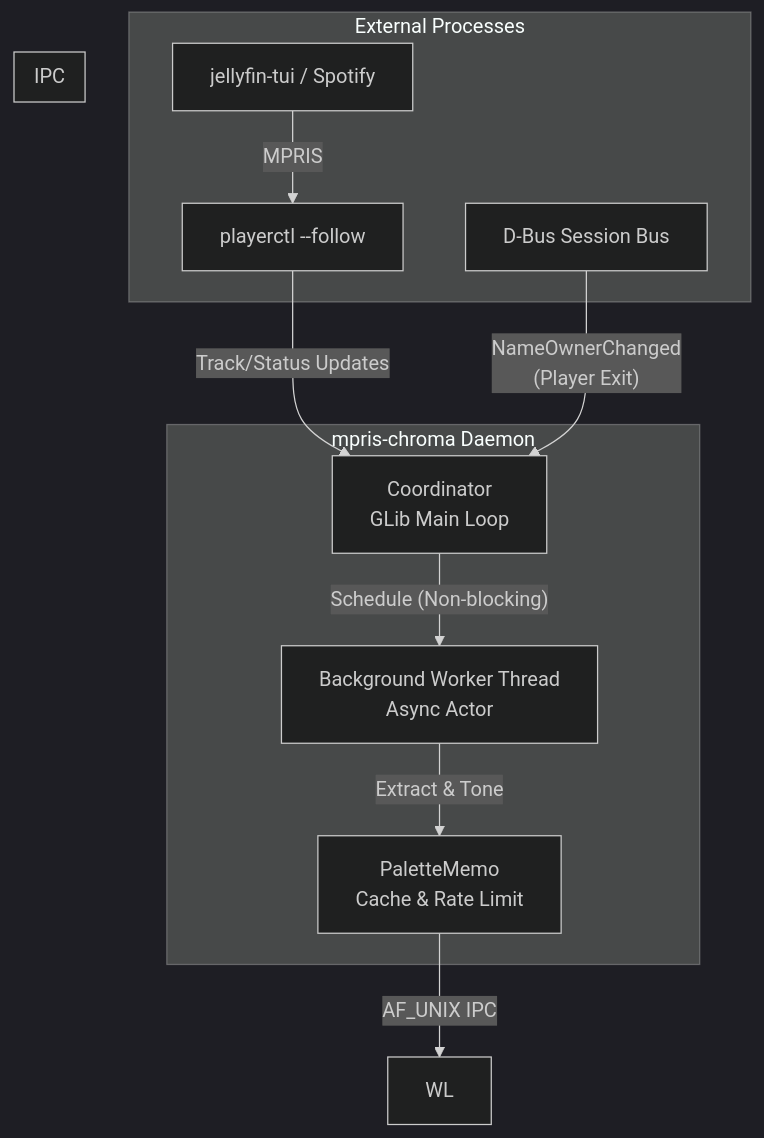
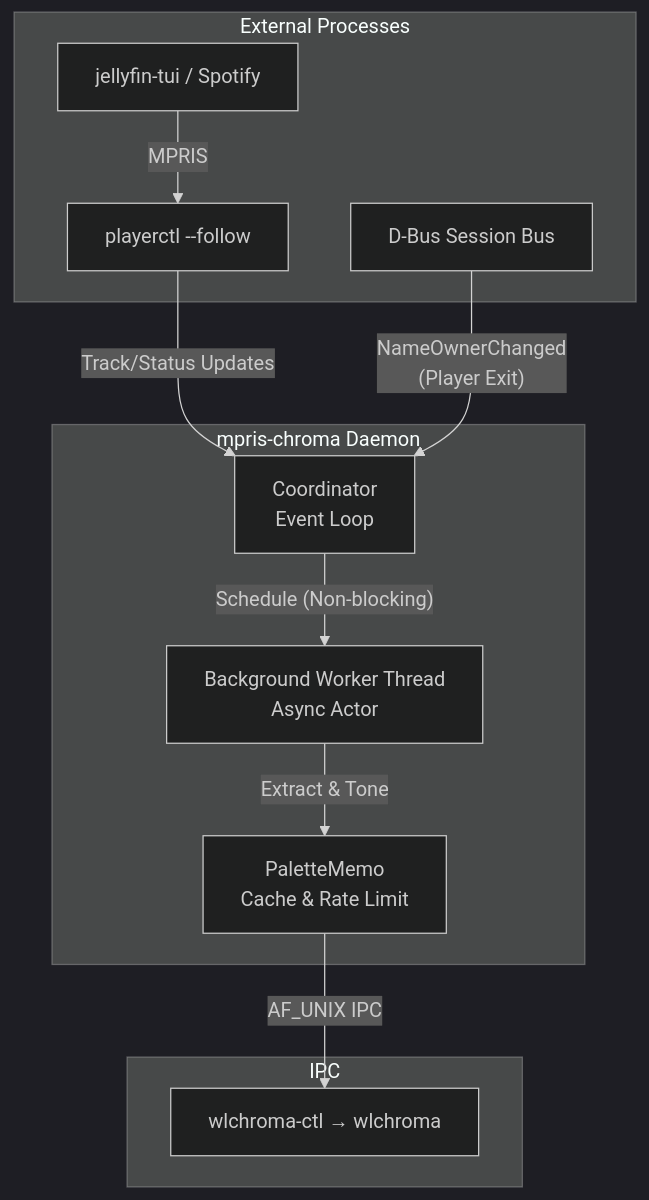
One commit to pxjx22/mpris-chroma changed the diagram in README.md. Above: the diagram before and after it, drawn with Mermaid (dark theme). The commit also changed other lines of this file and 112 other files, not shown here.

````diff
--- a/README.md
+++ b/README.md
@@ -8,25 +8,23 @@
 ```mermaid
 flowchart TD
     subgraph External[External Processes]
         P1[jellyfin-tui / Spotify] -- MPRIS --> PC[playerctl --follow]
         DBus[D-Bus Session Bus]
     end
 
     subgraph Service[mpris-chroma Daemon]
-        Coord[Coordinator\nGLib Main Loop]
-        Worker[Background Worker Thread\nAsync Actor]
-        Memo[PaletteMemo\nCache & Rate Limit]
+        Coord[Coordinator<br/>Event Loop]
+        Worker[Background Worker Thread<br/>Async Actor]
+        Memo[PaletteMemo<br/>Cache & Rate Limit]
     end
 
     subgraph Output[IPC]
-        Coord[Coordinator<br/>GLib Main Loop]
-        Worker[Background Worker Thread<br/>Async Actor]
-        Memo[PaletteMemo<br/>Cache & Rate Limit]
+        WL[wlchroma-ctl → wlchroma]
     end
 
     PC -- Track/Status Updates --> Coord
     DBus -- NameOwnerChanged\n(Player Exit) --> Coord
     Coord -- Schedule (Non-blocking) --> Worker
     Worker -- Extract & Tone --> Memo
     Memo -- AF_UNIX IPC --> WL
 ```
````
